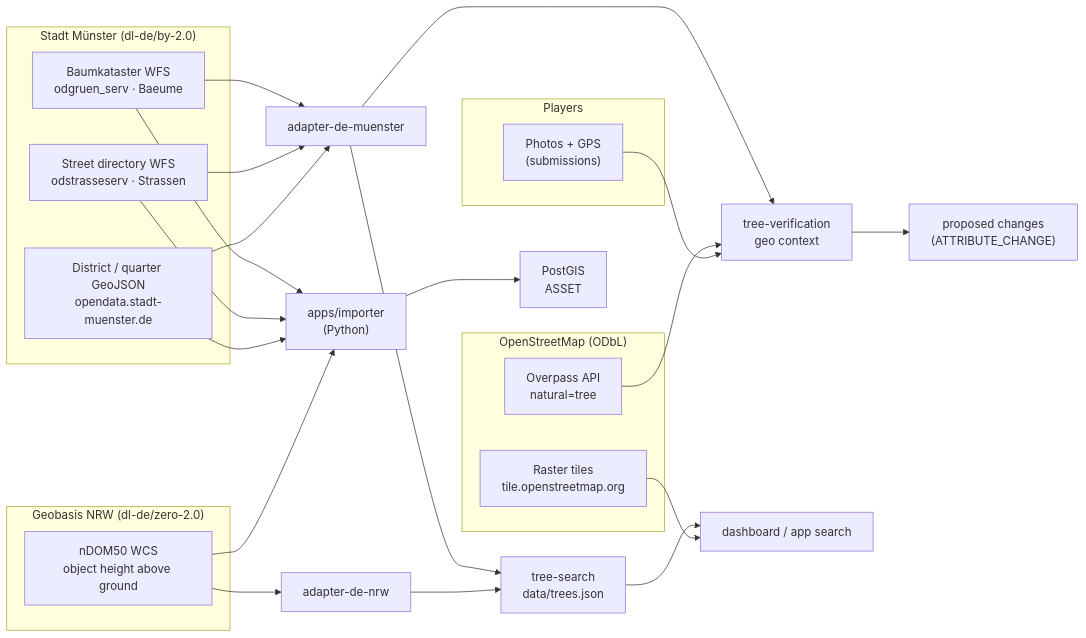
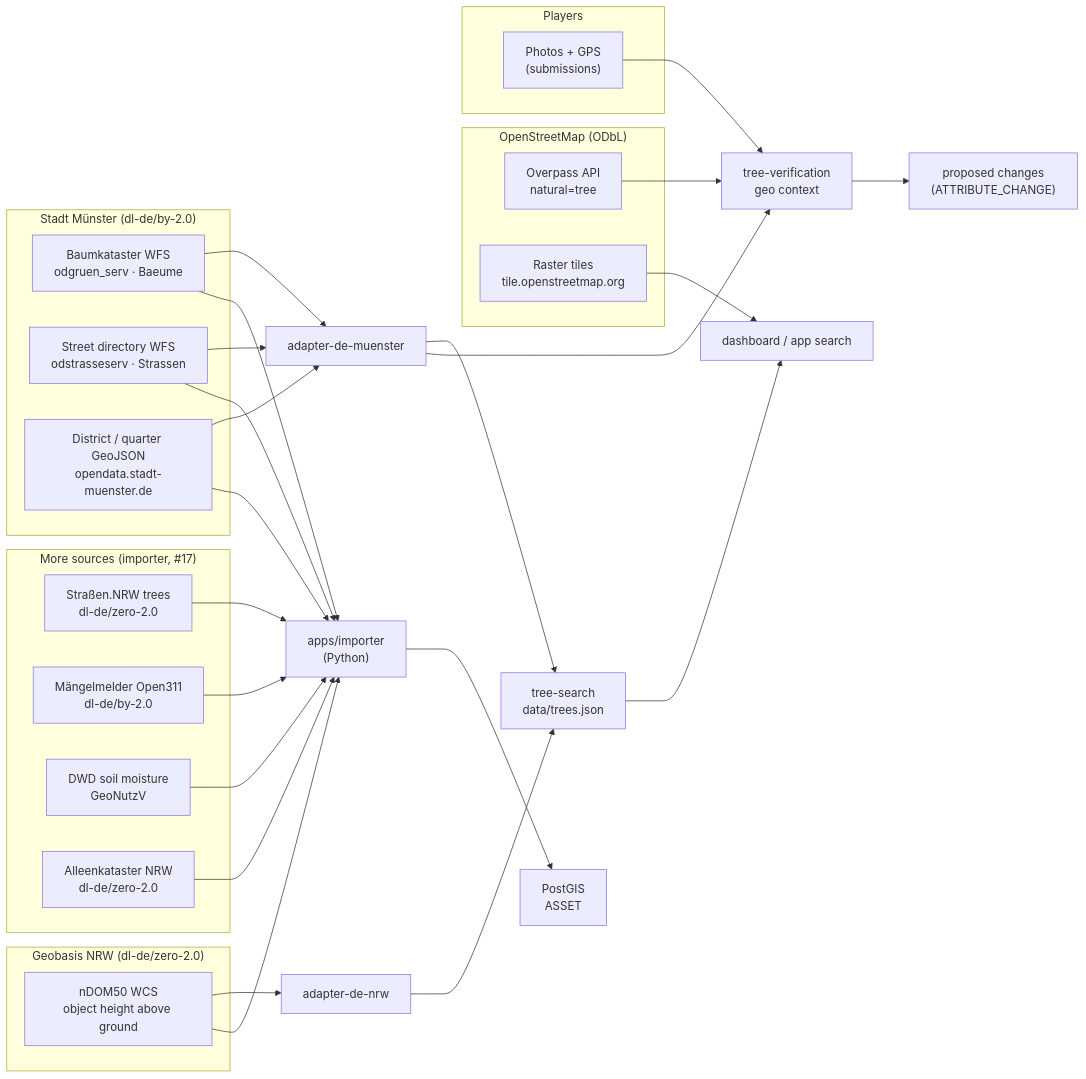
One commit to RomanHerbstmann/OpenQuest changed the diagram in docs/data-model/data-sources.md. Above: the diagram before and after it, drawn with Mermaid. The commit also changed other lines of this file, not shown here.

Commit message:
docs: add Straßen.NRW trees, natural monuments, Mängelmelder, DWD soil moisture and avenues to the data sources sheet (#20)
Claude-Session: https://claude.ai/code/session_019fYcqVenbhauBHGQqgs9v4

````diff
--- a/docs/data-model/data-sources.md
+++ b/docs/data-model/data-sources.md
@@ -11,33 +11,40 @@
 ```mermaid
 flowchart LR
   subgraph muenster["Stadt Münster (dl-de/by-2.0)"]
     WFS["Baumkataster WFS<br/>odgruen_serv · Baeume"]
     STR["Street directory WFS<br/>odstrasseserv · Strassen"]
     GEO["District / quarter GeoJSON<br/>opendata.stadt-muenster.de"]
   end
   subgraph nrw["Geobasis NRW (dl-de/zero-2.0)"]
     NDOM["nDOM50 WCS<br/>object height above ground"]
+  end
+  subgraph more["More sources (importer, #17)"]
+    SNRW["Straßen.NRW trees<br/>dl-de/zero-2.0"]
+    O311["Mängelmelder Open311<br/>dl-de/by-2.0"]
+    DWD["DWD soil moisture<br/>GeoNutzV"]
+    ALL["Alleenkataster NRW<br/>dl-de/zero-2.0"]
   end
   subgraph osm["OpenStreetMap (ODbL)"]
     OVP["Overpass API<br/>natural=tree"]
     TILES["Raster tiles<br/>tile.openstreetmap.org"]
   end
   subgraph players["Players"]
     PHOTO["Photos + GPS<br/>(submissions)"]
   end
 
   WFS --> ADM["adapter-de-muenster"]
   STR --> ADM
   GEO --> ADM
   NDOM --> NRWA["adapter-de-nrw"]
   WFS & STR & GEO & NDOM --> IMP["apps/importer<br/>(Python)"]
+  SNRW & O311 & DWD & ALL --> IMP
   IMP --> DB["PostGIS<br/>ASSET"]
   ADM --> TS["tree-search<br/>data/trees.json"]
   NRWA --> TS
   ADM --> TV["tree-verification<br/>geo context"]
   OVP --> TV
   PHOTO --> TV
   TS --> DASH["dashboard / app search"]
   TILES --> DASH
   TV --> CHG["proposed changes<br/>(ATTRIBUTE_CHANGE)"]
 ```
````
